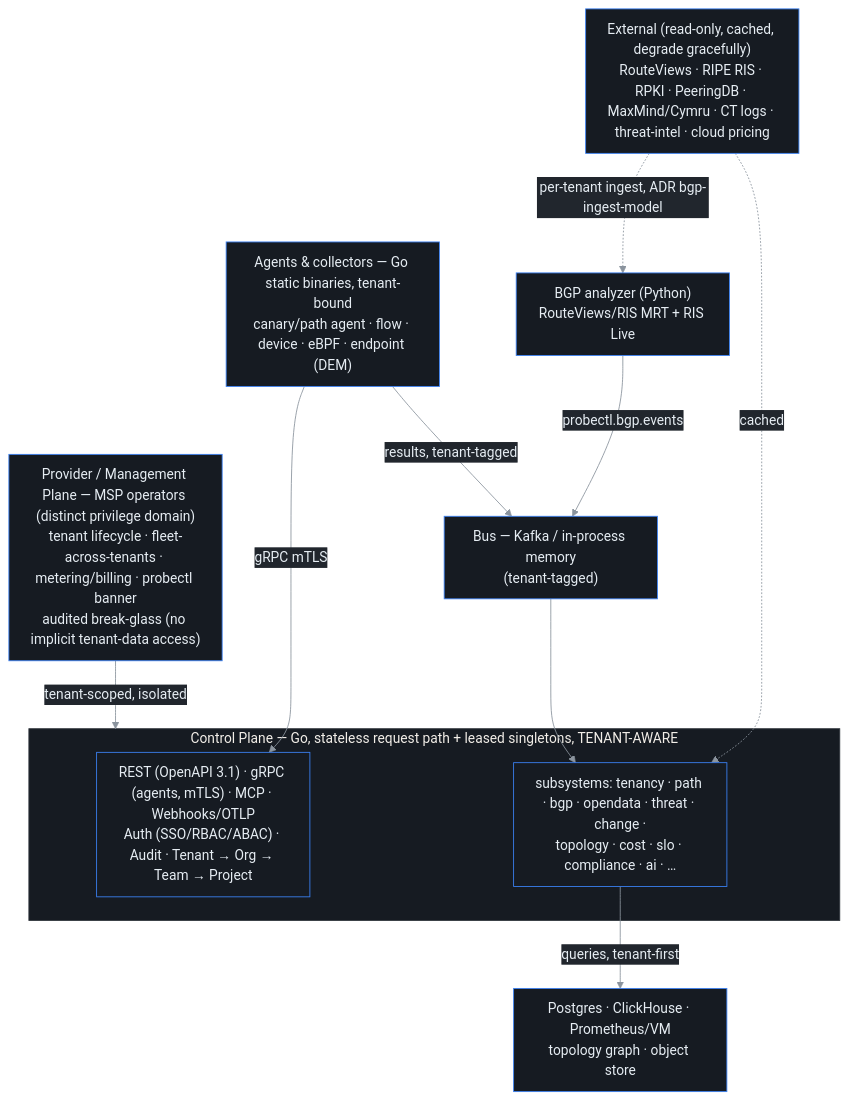
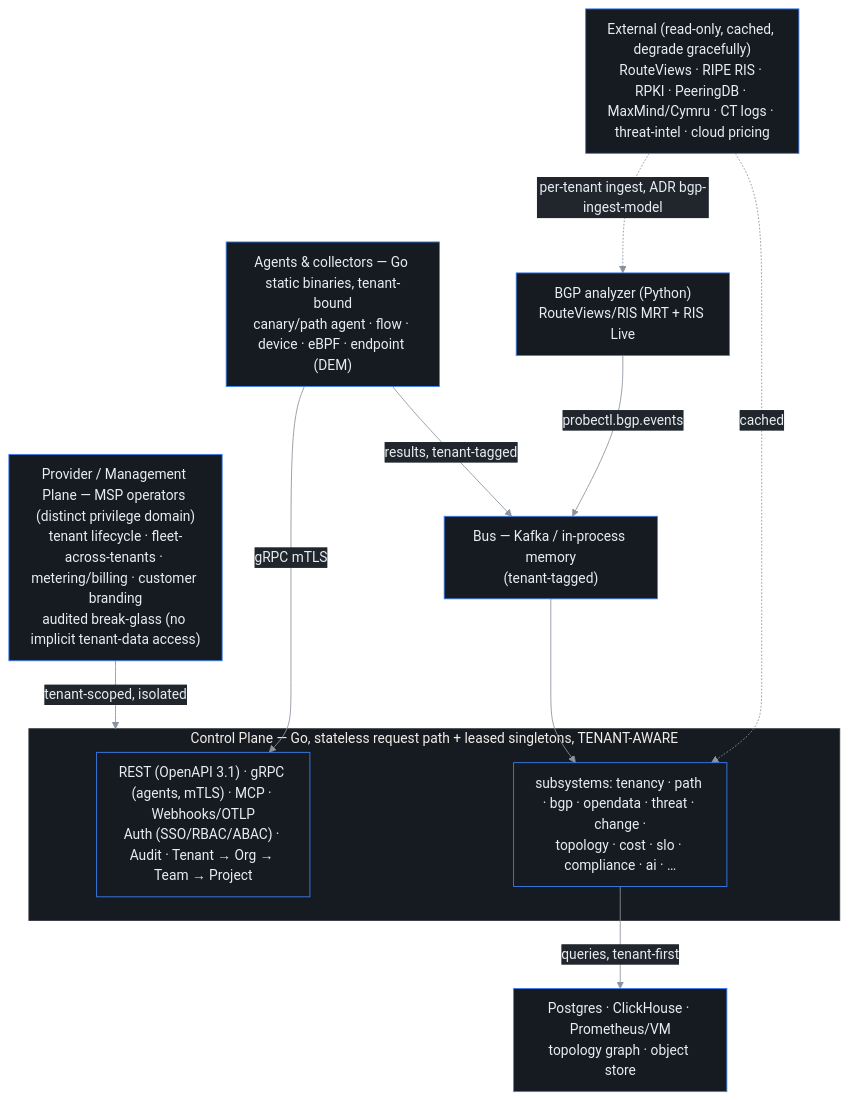
The first of 7 diagrams in docs/architecture.md (ctlplne/probectl), drawn with Mermaid before and after one commit. The commit also changed 103 other files, not shown here.

First line of the commit message:
feat(provider): restore customer branding with fixed attribution

````diff
--- a/docs/architecture.md
+++ b/docs/architecture.md
@@ -17,25 +17,25 @@
 ```mermaid
 %%{init: {'theme':'base','themeVariables':{'background':'#0d1117','primaryColor':'#161b22','primaryTextColor':'#e6edf3','primaryBorderColor':'#3b82f6','lineColor':'#8b949e','secondaryColor':'#21262d','tertiaryColor':'#0d1117','clusterBkg':'#161b22','clusterBorder':'#30363d','fontFamily':'ui-monospace, SFMono-Regular, Menlo, monospace'},'flowchart':{'curve':'basis','nodeSpacing':55,'rankSpacing':55,'padding':12}}}%%
 flowchart TB
-    Provider["Provider / Management Plane — MSP operators (distinct privilege domain)<br/>tenant lifecycle · fleet-across-tenants · metering/billing · probectl banner<br/>audited break-glass (no implicit tenant-data access)"]
+    Provider["Provider / Management Plane — MSP operators (distinct privilege domain)<br/>tenant lifecycle · fleet-across-tenants · metering/billing · customer branding<br/>audited break-glass (no implicit tenant-data access)"]
 
     subgraph CP["Control Plane — Go, stateless request path + leased singletons, TENANT-AWARE"]
         Edge["REST (OpenAPI 3.1) · gRPC (agents, mTLS) · MCP · Webhooks/OTLP<br/>Auth (SSO/RBAC/ABAC) · Audit · Tenant → Org → Team → Project"]
         Subsys["subsystems: tenancy · path · bgp · opendata · threat · change ·<br/>topology · cost · slo · compliance · ai · …"]
     end
 
     Agents["Agents & collectors — Go static binaries, tenant-bound<br/>canary/path agent · flow · device · eBPF · endpoint (DEM)"]
     Analyzer["BGP analyzer (Python)<br/>RouteViews/RIS MRT + RIS Live"]
     Bus["Bus — Kafka / in-process memory<br/>(tenant-tagged)"]
     Stores["Postgres · ClickHouse · Prometheus/VM<br/>topology graph · object store"]
     External["External (read-only, cached, degrade gracefully)<br/>RouteViews · RIPE RIS · RPKI · PeeringDB · MaxMind/Cymru · CT logs · threat-intel · cloud pricing"]
 
     Provider -->|tenant-scoped, isolated| CP
     Agents -->|gRPC mTLS| Edge
     Analyzer -->|probectl.bgp.events| Bus
     Agents -->|results, tenant-tagged| Bus
     Bus --> Subsys
     Subsys -->|queries, tenant-first| Stores
     External -.->|per-tenant ingest, ADR bgp-ingest-model| Analyzer
     External -.->|cached| Subsys
 ```
````
